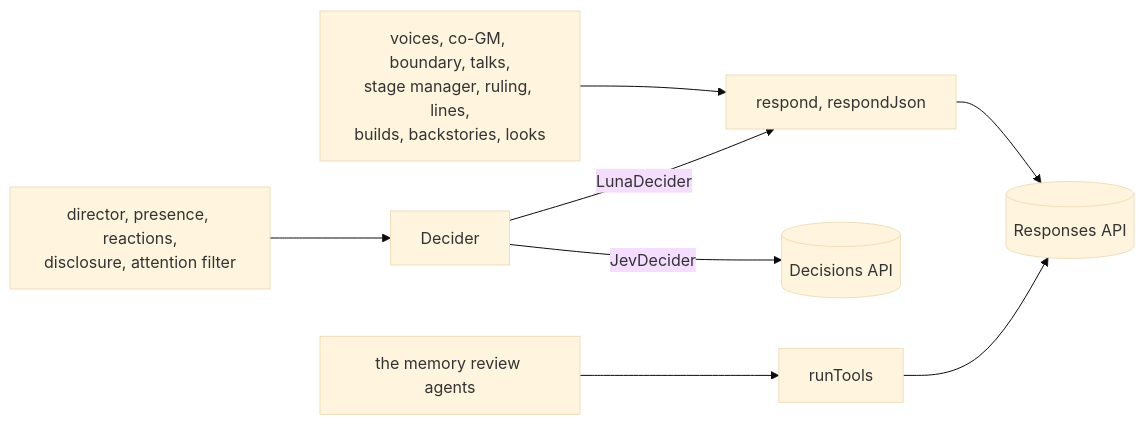
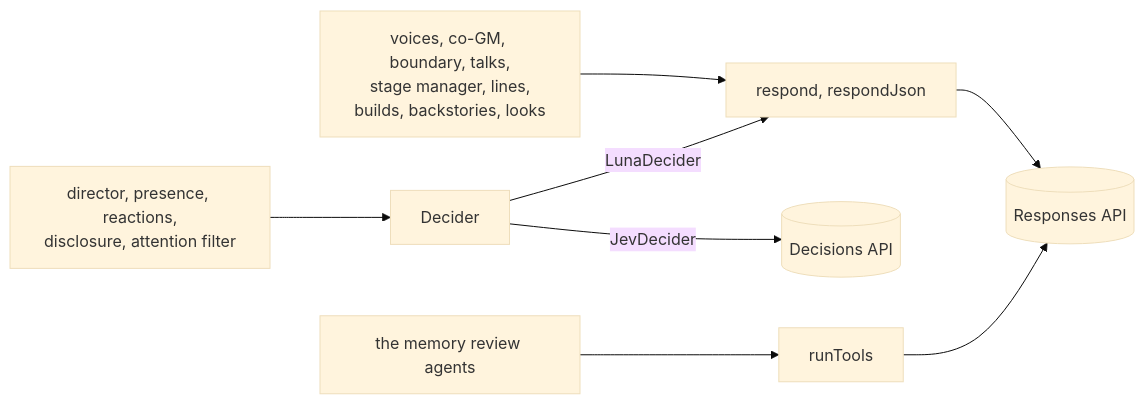
Before and after one commit to Tatskaari/kingmaker: the diagram in ai/llm/README.md, drawn with Mermaid (base theme). The commit also changed other lines of this file and 72 other files, not shown here.

````diff
--- a/ai/llm/README.md
+++ b/ai/llm/README.md
@@ -40,10 +40,10 @@
 ```mermaid
 flowchart LR
-  text["voices, co-GM, boundary, talks,<br/>stage manager, ruling, lines,<br/>builds, backstories, looks"] --> respond["respond, respondJson"]
+  text["voices, co-GM, boundary, talks,<br/>stage manager, lines,<br/>builds, backstories, looks"] --> respond["respond, respondJson"]
   judge["director, presence, reactions,<br/>disclosure, attention filter"] --> decider["Decider"]
   agents["the memory review agents"] --> tools["runTools"]
   decider -->|"LunaDecider"| respond
   decider -->|"JevDecider"| decisions[("Decisions API")]
   respond --> responses[("Responses API")]
   tools --> responses
 ```
````
